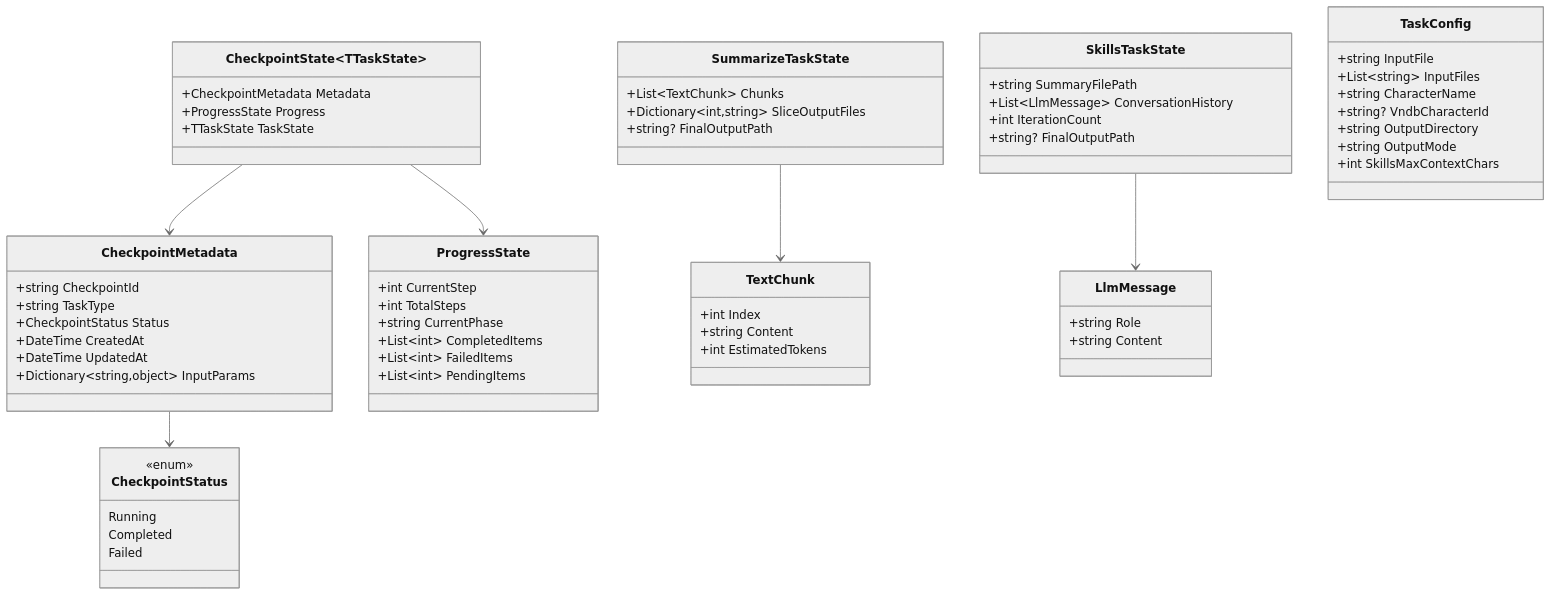
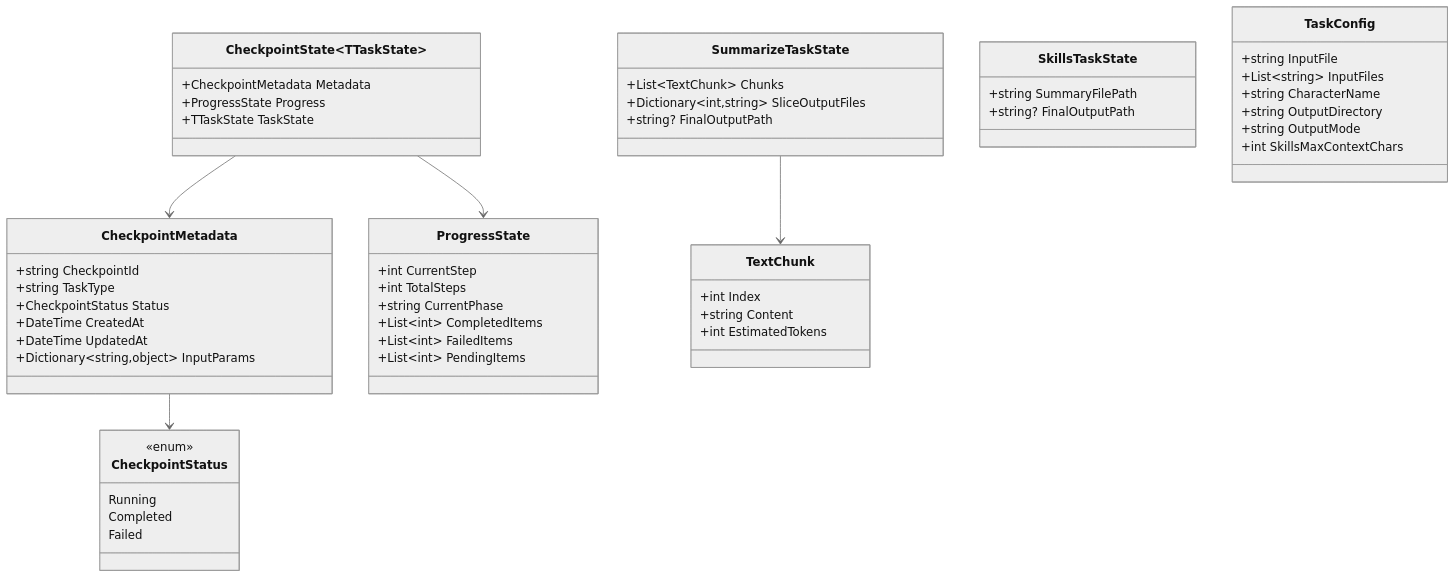
The fourth of 11 diagrams in ARCHITECTURE.md (sedna-works/CharacterKiller), drawn with Mermaid (neutral theme) before and after one commit. The commit also changed other lines of this file, not shown here.

Commit message:
docsL 更新架构图

````diff
--- a/ARCHITECTURE.md
+++ b/ARCHITECTURE.md
@@ -152,73 +313,64 @@
 ```mermaid
 classDiagram
     class CheckpointStatus {
         <<enum>>
         Running
         Completed
         Failed
     }
 
     class CheckpointMetadata {
         +string CheckpointId
         +string TaskType
         +CheckpointStatus Status
         +DateTime CreatedAt
         +DateTime UpdatedAt
         +Dictionary~string,object~ InputParams
     }
 
     class ProgressState {
         +int CurrentStep
         +int TotalSteps
         +string CurrentPhase
         +List~int~ CompletedItems
         +List~int~ FailedItems
         +List~int~ PendingItems
     }
 
     class CheckpointState~TTaskState~ {
         +CheckpointMetadata Metadata
         +ProgressState Progress
         +TTaskState TaskState
     }
 
     class SummarizeTaskState {
         +List~TextChunk~ Chunks
         +Dictionary~int,string~ SliceOutputFiles
         +string? FinalOutputPath
     }
 
     class SkillsTaskState {
         +string SummaryFilePath
-        +List~LlmMessage~ ConversationHistory
-        +int IterationCount
         +string? FinalOutputPath
     }
 
     class TextChunk {
         +int Index
         +string Content
         +int EstimatedTokens
     }
 
     class TaskConfig {
         +string InputFile
         +List~string~ InputFiles
         +string CharacterName
-        +string? VndbCharacterId
         +string OutputDirectory
         +string OutputMode
         +int SkillsMaxContextChars
-    }
-
-    class LlmMessage {
-        +string Role
-        +string Content
     }
 
     CheckpointMetadata --> CheckpointStatus
     CheckpointState --> CheckpointMetadata
     CheckpointState --> ProgressState
     SummarizeTaskState --> TextChunk
-    SkillsTaskState --> LlmMessage
 ```
````
